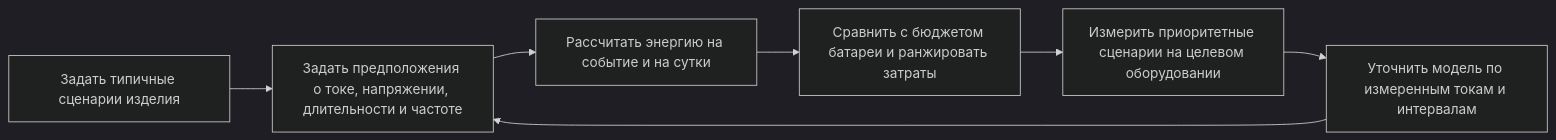
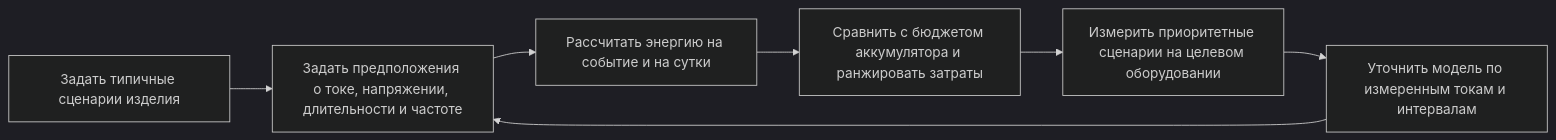
One commit to uForge-io/uforge-site changed the diagram in docs_ru/learn/low-power/overview.md. Above: the diagram before and after it, drawn with Mermaid (dark theme). The commit also changed other lines of this file and 1299 other files, not shown here.

````diff
--- a/docs_ru/learn/low-power/overview.md
+++ b/docs_ru/learn/low-power/overview.md
@@ -175,9 +175,9 @@
 ```mermaid
 flowchart LR
     A["Задать типичные сценарии изделия"] --> B["Задать предположения о токе, напряжении, длительности и частоте"]
     B --> C["Рассчитать энергию на событие и на сутки"]
-    C --> D["Сравнить с бюджетом батареи и ранжировать затраты"]
+    C --> D["Сравнить с бюджетом аккумулятора и ранжировать затраты"]
     D --> E["Измерить приоритетные сценарии на целевом оборудовании"]
     E --> F["Уточнить модель по измеренным токам и интервалам"]
     F --> B
 ```
````
